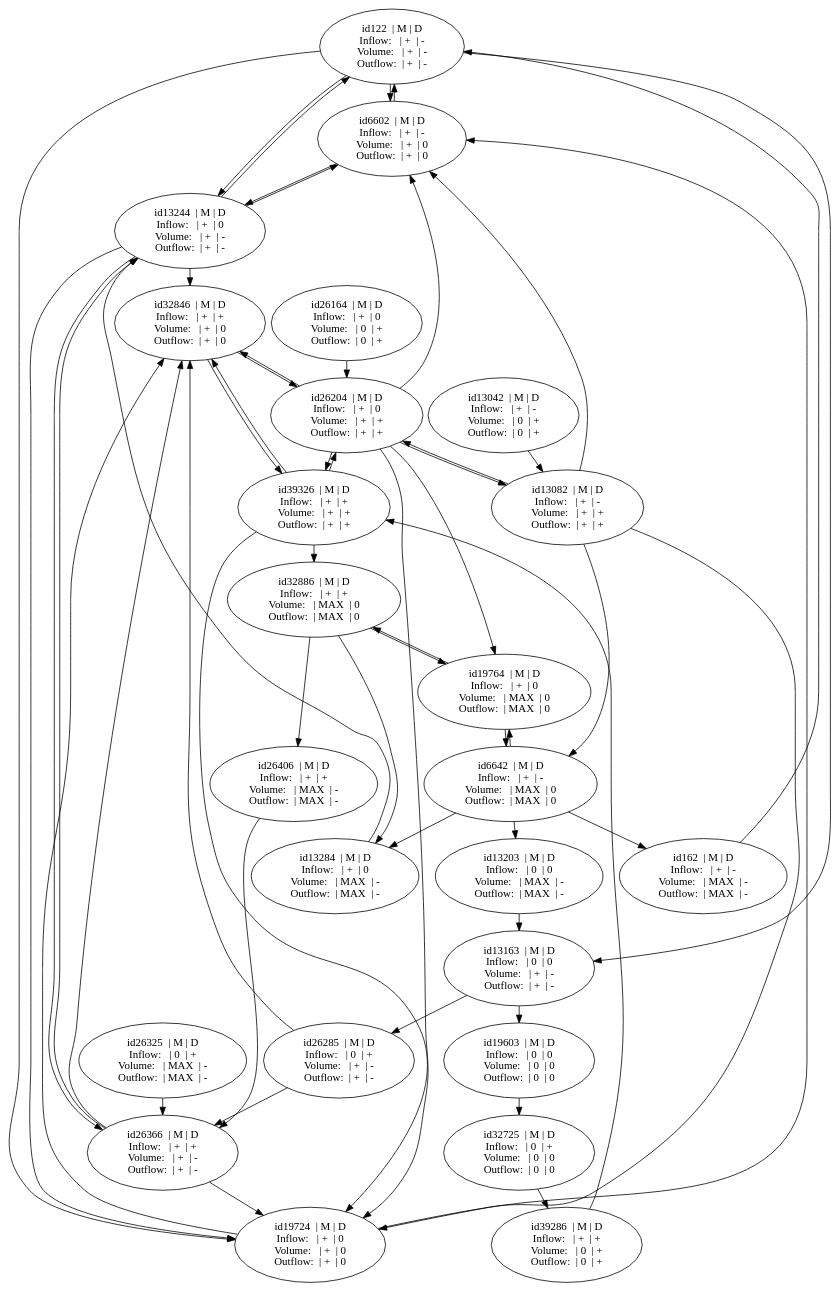
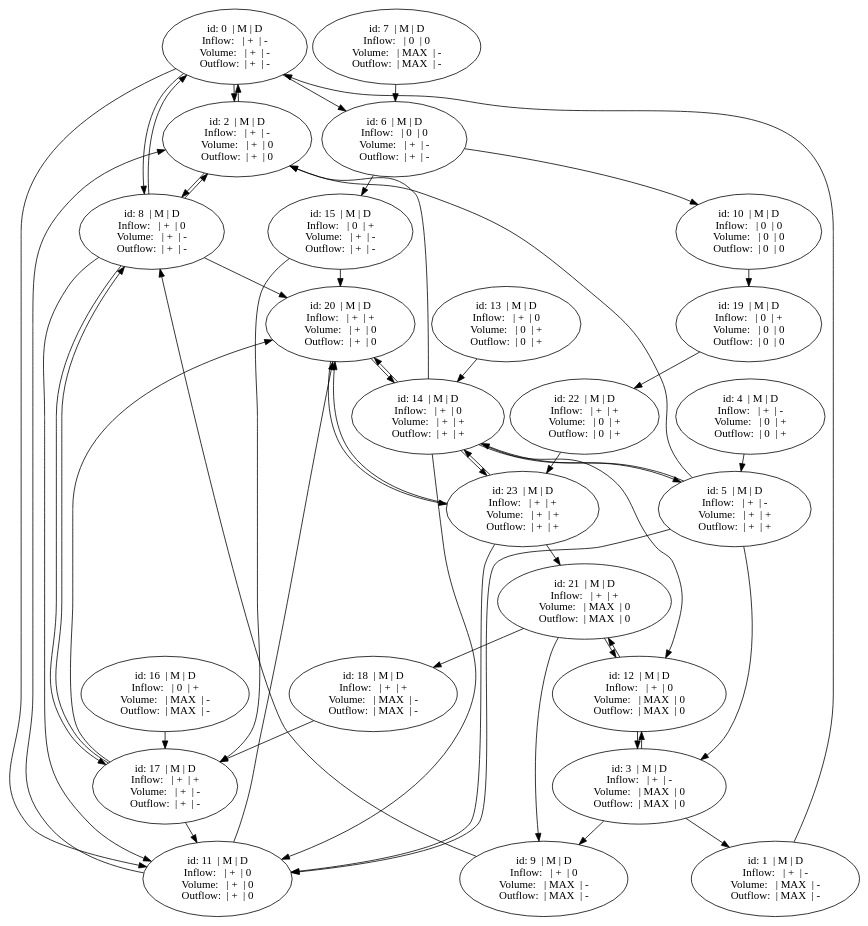
One commit to JappaB/Knowledge_Representation changed the diagram in QR assignment/graph.gv. Above: the diagram before and after it, drawn with Graphviz. The commit also changed 1 other file, not shown here.

```diff
--- a/QR assignment/graph.gv
+++ b/QR assignment/graph.gv
@@ -1,178 +1,177 @@
 digraph {
 	graph [center=true margin=0.2 nodesep=0.1 rankdir=UD ranksep=0.3]
-		122 [label="id122  | M | D 
+		0 [label="id: 0  | M | D 
 Inflow:   | +  | -
 Volume:   | +  | -
 Outflow:  | +  | -
 "]
-		162 [label="id162  | M | D 
+		1 [label="id: 1  | M | D 
 Inflow:   | +  | -
 Volume:   | MAX  | -
 Outflow:  | MAX  | -
 "]
-		6602 [label="id6602  | M | D 
+		2 [label="id: 2  | M | D 
 Inflow:   | +  | -
 Volume:   | +  | 0
 Outflow:  | +  | 0
 "]
-		6642 [label="id6642  | M | D 
+		3 [label="id: 3  | M | D 
 Inflow:   | +  | -
 Volume:   | MAX  | 0
 Outflow:  | MAX  | 0
 "]
-		13042 [label="id13042  | M | D 
+		4 [label="id: 4  | M | D 
 Inflow:   | +  | -
 Volume:   | 0  | +
 Outflow:  | 0  | +
 "]
-		13082 [label="id13082  | M | D 
+		5 [label="id: 5  | M | D 
 Inflow:   | +  | -
 Volume:   | +  | +
 Outflow:  | +  | +
 "]
-		13163 [label="id13163  | M | D 
+		6 [label="id: 6  | M | D 
 Inflow:   | 0  | 0
 Volume:   | +  | -
 Outflow:  | +  | -
 "]
-		13203 [label="id13203  | M | D 
+		7 [label="id: 7  | M | D 
 Inflow:   | 0  | 0
 Volume:   | MAX  | -
 Outflow:  | MAX  | -
 "]
-		13244 [label="id13244  | M | D 
+		8 [label="id: 8  | M | D 
 Inflow:   | +  | 0
 Volume:   | +  | -
 Outflow:  | +  | -
 "]
-		13284 [label="id13284  | M | D 
+		9 [label="id: 9  | M | D 
 Inflow:   | +  | 0
 Volume:   | MAX  | -
 Outflow:  | MAX  | -
 "]
-		19603 [label="id19603  | M | D 
+		10 [label="id: 10  | M | D 
 Inflow:   | 0  | 0
 Volume:   | 0  | 0
 Outflow:  | 0  | 0
 "]
-		19724 [label="id19724  | M | D 
+		11 [label="id: 11  | M | D 
 Inflow:   | +  | 0
 Volume:   | +  | 0
 Outflow:  | +  | 0
 "]
-		19764 [label="id19764  | M | D 
+		12 [label="id: 12  | M | D 
 Inflow:   | +  | 0
 Volume:   | MAX  | 0
 Outflow:  | MAX  | 0
 "]
-		26164 [label="id26164  | M | D 
+		13 [label="id: 13  | M | D 
 Inflow:   | +  | 0
 Volume:   | 0  | +
 Outflow:  | 0  | +
 "]
-		26204 [label="id26204  | M | D 
+		14 [label="id: 14  | M | D 
 Inflow:   | +  | 0
 Volume:   | +  | +
 Outflow:  | +  | +
 "]
-		26285 [label="id26285  | M | D 
+		15 [label="id: 15  | M | D 
 Inflow:   | 0  | +
 Volume:   | +  | -
 Outflow:  | +  | -
 "]
-		26325 [label="id26325  | M | D 
+		16 [label="id: 16  | M | D 
 Inflow:   | 0  | +
 Volume:   | MAX  | -
 Outflow:  | MAX  | -
 "]
-		26366 [label="id26366  | M | D 
+		17 [label="id: 17  | M | D 
 Inflow:   | +  | +
 Volume:   | +  | -
 Outflow:  | +  | -
 "]
-		26406 [label="id26406  | M | D 
+		18 [label="id: 18  | M | D 
 Inflow:   | +  | +
 Volume:   | MAX  | -
 Outflow:  | MAX  | -
 "]
-		32725 [label="id32725  | M | D 
+		19 [label="id: 19  | M | D 
 Inflow:   | 0  | +
 Volume:   | 0  | 0
 Outflow:  | 0  | 0
 "]
-		32846 [label="id32846  | M | D 
+		20 [label="id: 20  | M | D 
 Inflow:   | +  | +
 Volume:   | +  | 0
 Outflow:  | +  | 0
 "]
-		32886 [label="id32886  | M | D 
+		21 [label="id: 21  | M | D 
 Inflow:   | +  | +
 Volume:   | MAX  | 0
 Outflow:  | MAX  | 0
 "]
-		39286 [label="id39286  | M | D 
+		22 [label="id: 22  | M | D 
 Inflow:   | +  | +
 Volume:   | 0  | +
 Outflow:  | 0  | +
 "]
-		39326 [label="id39326  | M | D 
+		23 [label="id: 23  | M | D 
 Inflow:   | +  | +
 Volume:   | +  | +
 Outflow:  | +  | +
 "]
-			162 -> 122
-			122 -> 6602
-			6602 -> 122
-			122 -> 13163
-			122 -> 13244
-			13244 -> 122
-			122 -> 19724
-			6642 -> 162
-			13082 -> 6602
-			6602 -> 13244
-			13244 -> 6602
-			19724 -> 6602
-			26204 -> 6602
-			13082 -> 6642
-			6642 -> 13203
-			6642 -> 13284
-			6642 -> 19764
-			19764 -> 6642
-			13042 -> 13082
-			13082 -> 19724
-			13082 -> 26204
-			26204 -> 13082
-			13203 -> 13163
-			13163 -> 19603
-			13163 -> 26285
-			13284 -> 13244
-			13244 -> 19724
-			13244 -> 26366
-			26366 -> 13244
-			13244 -> 32846
-			32886 -> 13284
-			19603 -> 32725
-			26204 -> 19724
-			26366 -> 19724
-			19724 -> 32846
-			39326 -> 19724
-			26204 -> 19764
-			19764 -> 32886
-			32886 -> 19764
-			26164 -> 26204
-			26204 -> 32846
-			32846 -> 26204
-			26204 -> 39326
-			39326 -> 26204
-			26285 -> 26366
-			26285 -> 32846
-			26325 -> 26366
-			26406 -> 26366
-			26366 -> 32846
-			32886 -> 26406
-			32725 -> 39286
-			32846 -> 39326
-			39326 -> 32846
-			39326 -> 32886
-			39286 -> 39326
+			1 -> 0
+			0 -> 2
+			2 -> 0
+			0 -> 6
+			0 -> 8
+			8 -> 0
+			0 -> 11
+			3 -> 1
+			5 -> 2
+			2 -> 8
+			8 -> 2
+			11 -> 2
+			14 -> 2
+			5 -> 3
+			3 -> 9
+			3 -> 12
+			12 -> 3
+			4 -> 5
+			5 -> 11
+			5 -> 14
+			14 -> 5
+			7 -> 6
+			6 -> 10
+			6 -> 15
+			9 -> 8
+			8 -> 11
+			8 -> 17
+			17 -> 8
+			8 -> 20
+			21 -> 9
+			10 -> 19
+			14 -> 11
+			17 -> 11
+			11 -> 20
+			23 -> 11
+			14 -> 12
+			12 -> 21
+			21 -> 12
+			13 -> 14
+			14 -> 20
+			20 -> 14
+			14 -> 23
+			23 -> 14
+			15 -> 17
+			15 -> 20
+			16 -> 17
+			18 -> 17
+			17 -> 20
+			21 -> 18
+			19 -> 22
+			20 -> 23
+			23 -> 20
+			23 -> 21
+			22 -> 23
 }
```
